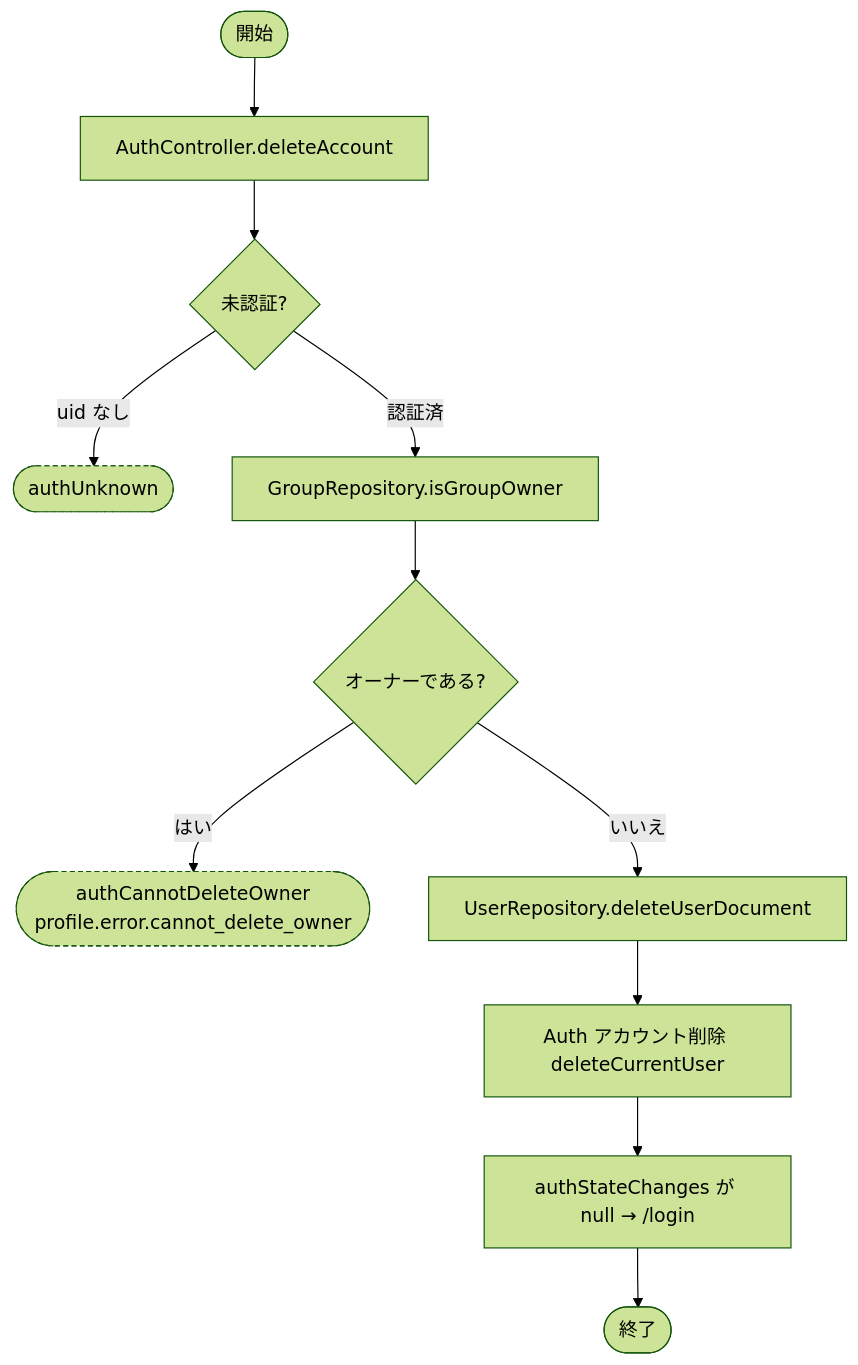
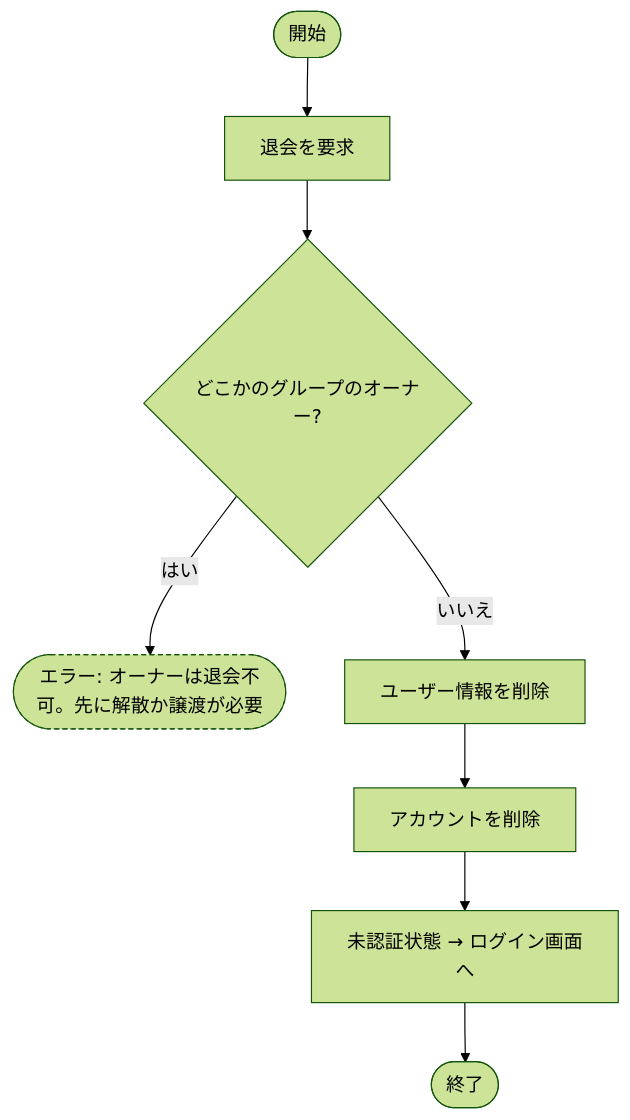
One commit to ekusy/shopping-list-app-flutter changed the sixth of 28 diagrams in docs/内部設計/アクティビティ図.md. Above: the diagram before and after it, drawn with Mermaid (forest theme). The commit also changed other lines of this file, not shown here.

First line of the commit message:
docs: アクティビティ図を処理の流れ・分岐の説明に集中させて改稿

````diff
--- a/docs/内部設計/アクティビティ図.md
+++ b/docs/内部設計/アクティビティ図.md
@@ -101,14 +99,11 @@
 ```mermaid
 flowchart TD
-    S([開始]) --> C[AuthController.deleteAccount]
-    C --> Q1{未認証?}
-    Q1 -->|uid なし| E0([authUnknown]):::err
-    Q1 -->|認証済| G[GroupRepository.isGroupOwner]
-    G --> Q2{オーナーである?}
-    Q2 -->|はい| E1([authCannotDeleteOwner<br/>profile.error.cannot_delete_owner]):::err
-    Q2 -->|いいえ| D1[UserRepository.deleteUserDocument]
-    D1 --> D2[Auth アカウント削除 deleteCurrentUser]
-    D2 --> OK[authStateChanges が null → /login]
+    S([開始]) --> REQ[退会を要求]
+    REQ --> Q{どこかのグループのオーナー?}
+    Q -->|はい| E1([エラー: オーナーは退会不可。先に解散か譲渡が必要]):::err
+    Q -->|いいえ| D1[ユーザー情報を削除]
+    D1 --> D2[アカウントを削除]
+    D2 --> OK[未認証状態 → ログイン画面へ]
     OK --> E([終了])
     classDef err stroke-dasharray: 4 3
 ```
````
